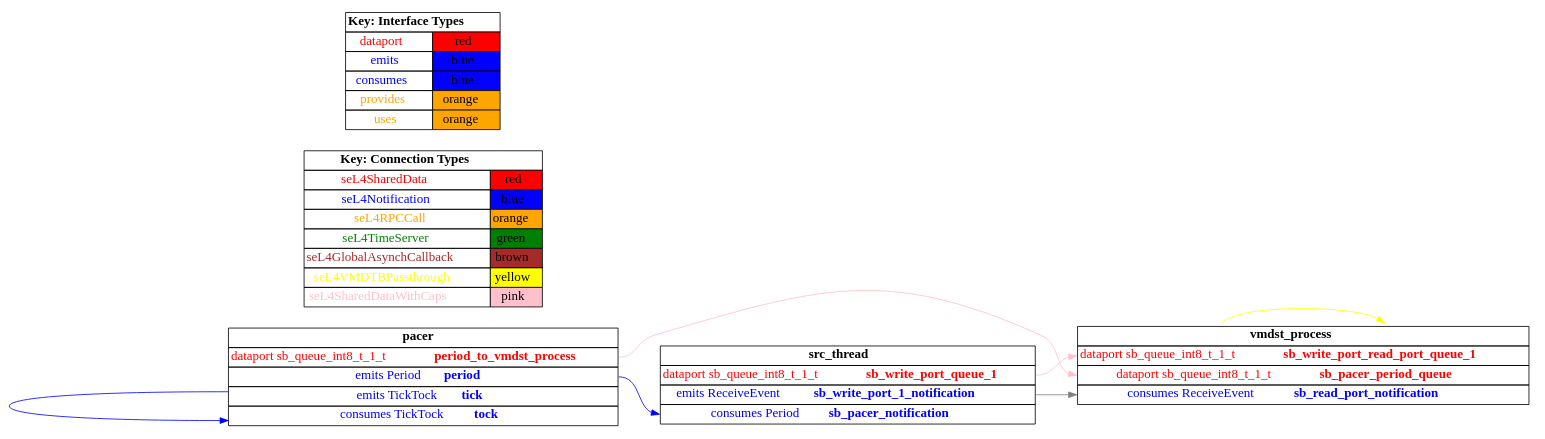
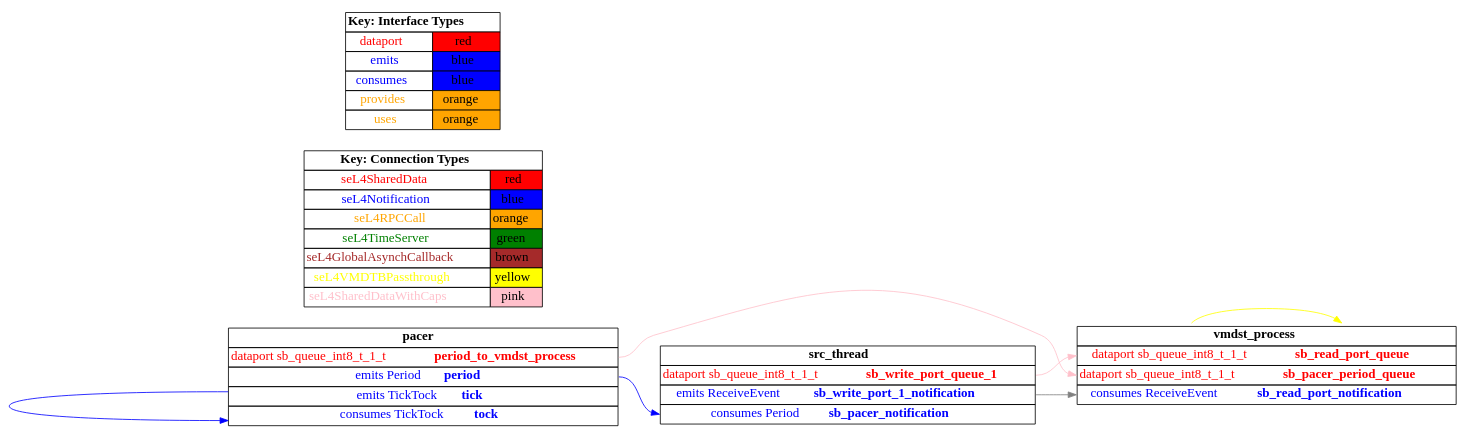
One commit to loonwerks/CASE changed the diagram in TA5/tool-evaluation-4/HAMR/examples/test_event_data_port_periodic_domains_VM/receiver_vm/CAmkES_seL4_Only/graph.dot. Above: the diagram before and after it, drawn with Graphviz. The commit also changed 101 other files, not shown here.

```diff
--- a/TA5/tool-evaluation-4/HAMR/examples/test_event_data_port_periodic_domains_VM/receiver_vm/CAmkES_seL4_Only/graph.dot
+++ b/TA5/tool-evaluation-4/HAMR/examples/test_event_data_port_periodic_domains_VM/receiver_vm/CAmkES_seL4_Only/graph.dot
@@ -1,116 +1,116 @@
 digraph g {
 graph [
   overlap = false,
   rankdir = "LR"
 ];
 node [
   fontsize = "16",
   shape = "ellipse"
 ];
 edge [
 ];
 
 src_thread [
   label=<
     <TABLE BORDER="0" CELLBORDER="1" CELLSPACING="0">
       <TR><TD><B>src_thread</B></TD></TR>
       <TR><TD PORT="sb_write_port_queue_1"><FONT COLOR="red">dataport sb_queue_int8_t_1_t <B>sb_write_port_queue_1</B></FONT></TD></TR>
       <TR><TD PORT="sb_write_port_1_notification"><FONT COLOR="blue">emits ReceiveEvent <B>sb_write_port_1_notification</B></FONT></TD></TR>
       <TR><TD PORT="sb_pacer_notification"><FONT COLOR="blue">consumes Period <B>sb_pacer_notification</B></FONT></TD></TR>"
     </TABLE>
   >
   shape=plaintext
 ];
 
 vmdst_process [
   label=<
     <TABLE BORDER="0" CELLBORDER="1" CELLSPACING="0">
       <TR><TD><B>vmdst_process</B></TD></TR>
-      <TR><TD PORT="sb_write_port_read_port_queue_1"><FONT COLOR="red">dataport sb_queue_int8_t_1_t <B>sb_write_port_read_port_queue_1</B></FONT></TD></TR>
+      <TR><TD PORT="sb_read_port_queue"><FONT COLOR="red">dataport sb_queue_int8_t_1_t <B>sb_read_port_queue</B></FONT></TD></TR>
       <TR><TD PORT="sb_pacer_period_queue"><FONT COLOR="red">dataport sb_queue_int8_t_1_t <B>sb_pacer_period_queue</B></FONT></TD></TR>
       <TR><TD PORT="sb_read_port_notification"><FONT COLOR="blue">consumes ReceiveEvent <B>sb_read_port_notification</B></FONT></TD></TR>"
     </TABLE>
   >
   shape=plaintext
 ];
 
 pacer [
   label=<
     <TABLE BORDER="0" CELLBORDER="1" CELLSPACING="0">
       <TR><TD><B>pacer</B></TD></TR>
       <TR><TD PORT="period_to_vmdst_process"><FONT COLOR="red">dataport sb_queue_int8_t_1_t <B>period_to_vmdst_process</B></FONT></TD></TR>
       <TR><TD PORT="period"><FONT COLOR="blue">emits Period <B>period</B></FONT></TD></TR>
       <TR><TD PORT="tick"><FONT COLOR="blue">emits TickTock <B>tick</B></FONT></TD></TR>
       <TR><TD PORT="tock"><FONT COLOR="blue">consumes TickTock <B>tock</B></FONT></TD></TR>"
     </TABLE>
   >
   shape=plaintext
 ];
 
 connectiontypekey [
   label=<
    <TABLE BORDER="0" CELLBORDER="1" CELLSPACING="0">
      <TR><TD COLSPAN="2"><B>Key: Connection Types</B></TD></TR>
      <TR><TD><FONT COLOR="red">seL4SharedData</FONT></TD><TD BGCOLOR="red">red</TD></TR>
      <TR><TD><FONT COLOR="blue">seL4Notification</FONT></TD><TD BGCOLOR="blue">blue</TD></TR>
      <TR><TD><FONT COLOR="orange">seL4RPCCall</FONT></TD><TD BGCOLOR="orange">orange</TD></TR>
      <TR><TD><FONT COLOR="green">seL4TimeServer</FONT></TD><TD BGCOLOR="green">green</TD></TR>
      <TR><TD><FONT COLOR="brown">seL4GlobalAsynchCallback</FONT></TD><TD BGCOLOR="brown">brown</TD></TR>
      <TR><TD><FONT COLOR="yellow">seL4VMDTBPassthrough</FONT></TD><TD BGCOLOR="yellow">yellow</TD></TR>
      <TR><TD><FONT COLOR="pink">seL4SharedDataWithCaps</FONT></TD><TD BGCOLOR="pink">pink</TD></TR>
    </TABLE>
   >
   shape=plaintext
 ];
 
 interfacetypekey [
   label=<
    <TABLE BORDER="0" CELLBORDER="1" CELLSPACING="0">
      <TR><TD COLSPAN="2"><B>Key: Interface Types</B></TD></TR>
      <TR><TD><FONT COLOR="red">dataport</FONT></TD><TD BGCOLOR="red">red</TD></TR>
      <TR><TD><FONT COLOR="blue">emits</FONT></TD><TD BGCOLOR="blue">blue</TD></TR>
      <TR><TD><FONT COLOR="blue">consumes</FONT></TD><TD BGCOLOR="blue">blue</TD></TR>
      <TR><TD><FONT COLOR="orange">provides</FONT></TD><TD BGCOLOR="orange">orange</TD></TR>
      <TR><TD><FONT COLOR="orange">uses</FONT></TD><TD BGCOLOR="orange">orange</TD></TR>
    </TABLE>
   >
   shape=plaintext
 ];
 
 "vmdst_process":dtb_self -> "vmdst_process":dtb [
   color="yellow"
   //label = "seL4VMDTBPassthrough"
   id = conn1
 ];
 
 "src_thread":sb_write_port_1_notification -> "vmdst_process":sb_read_port_notification [
   color="grey"
   //label = "seL4GlobalAsynch"
   id = conn2
 ];
 
-"src_thread":sb_write_port_queue_1 -> "vmdst_process":sb_write_port_read_port_queue_1 [
+"src_thread":sb_write_port_queue_1 -> "vmdst_process":sb_read_port_queue [
   color="pink"
   //label = "seL4SharedDataWithCaps"
   id = conn3
 ];
 
 "pacer":tick -> "pacer":tock [
   color="blue"
   //label = "seL4Notification"
   id = conn4
 ];
 
 "pacer":period -> "src_thread":sb_pacer_notification [
   color="blue"
   //label = "seL4Notification"
   id = conn5
 ];
 
 "pacer":period_to_vmdst_process -> "vmdst_process":sb_pacer_period_queue [
   color="pink"
   //label = "seL4SharedDataWithCaps"
   id = conn6
 ];
 
 }
```
